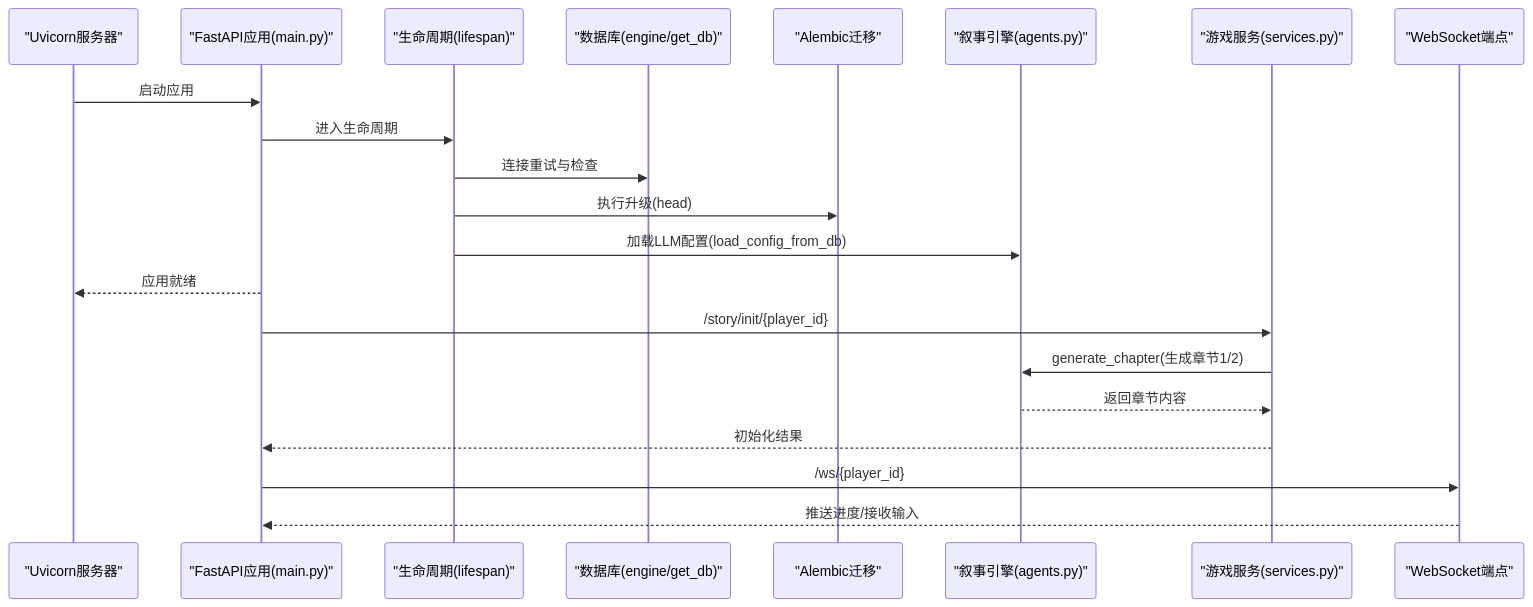
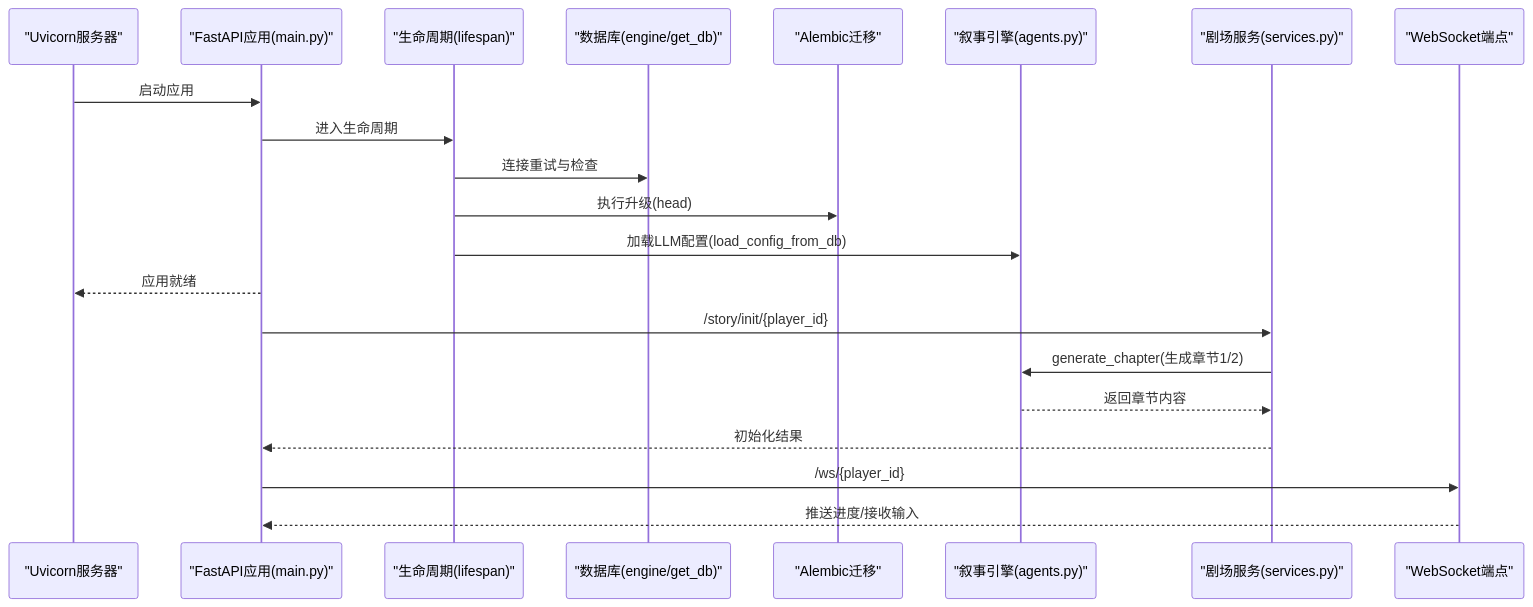
Before and after one commit to KunLabAI/KunFlix: the second of 8 diagrams in .qoder/repowiki/zh/content/故障排除/智能体系统问题/叙事引擎故障.md, drawn with Mermaid. The commit also changed other lines of this file and 112 other files, not shown here.

````diff
--- a/.qoder/repowiki/zh/content/故障排除/智能体系统问题/叙事引擎故障.md
+++ b/.qoder/repowiki/zh/content/故障排除/智能体系统问题/叙事引擎故障.md
@@ -126,23 +126,23 @@
 ```mermaid
 sequenceDiagram
 participant Uvicorn as "Uvicorn服务器"
 participant App as "FastAPI应用(main.py)"
 participant Lifespan as "生命周期(lifespan)"
 participant DB as "数据库(engine/get_db)"
 participant Migrate as "Alembic迁移"
 participant NE as "叙事引擎(agents.py)"
-participant GS as "游戏服务(services.py)"
+participant GS as "剧场服务(services.py)"
 participant WS as "WebSocket端点"
 Uvicorn->>App : 启动应用
 App->>Lifespan : 进入生命周期
 Lifespan->>DB : 连接重试与检查
 Lifespan->>Migrate : 执行升级(head)
 Lifespan->>NE : 加载LLM配置(load_config_from_db)
 App-->>Uvicorn : 应用就绪
 App->>GS : /story/init/{player_id}
 GS->>NE : generate_chapter(生成章节1/2)
 NE-->>GS : 返回章节内容
 GS-->>App : 初始化结果
 App->>WS : /ws/{player_id}
 WS-->>App : 推送进度/接收输入
 ```
````
